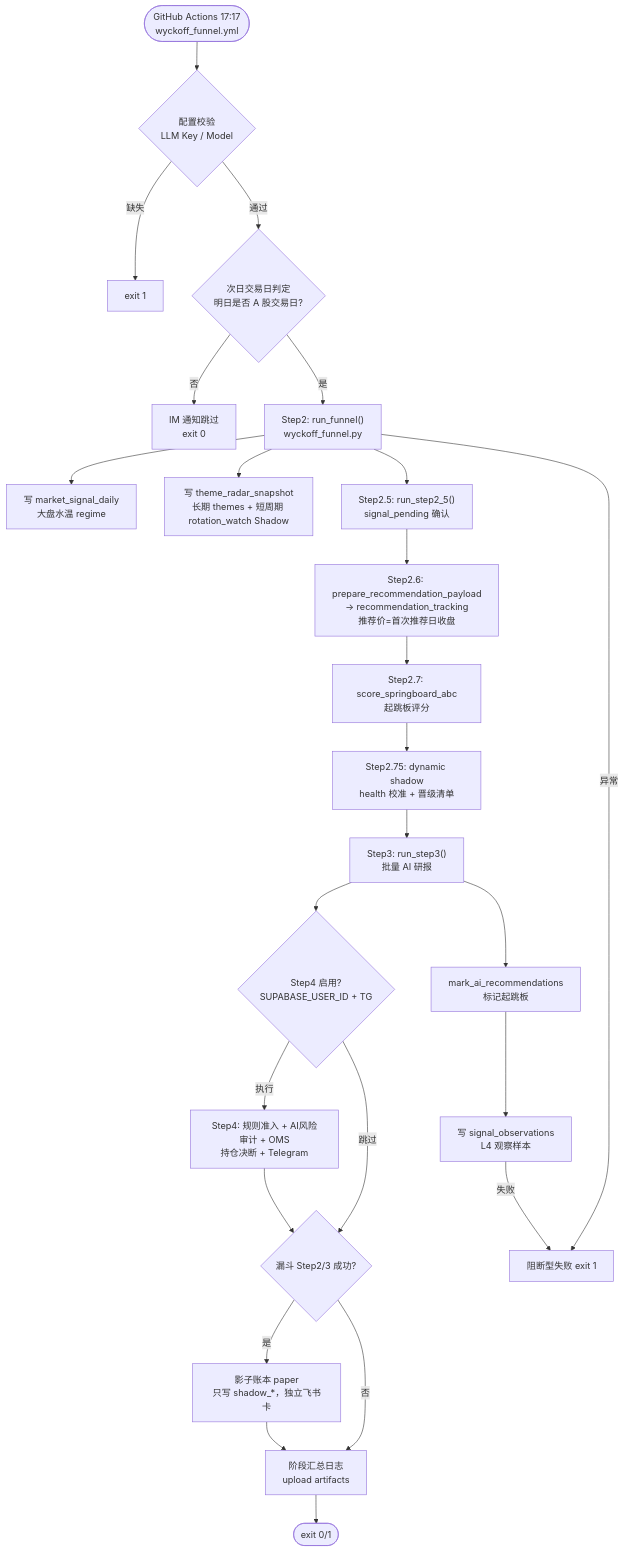
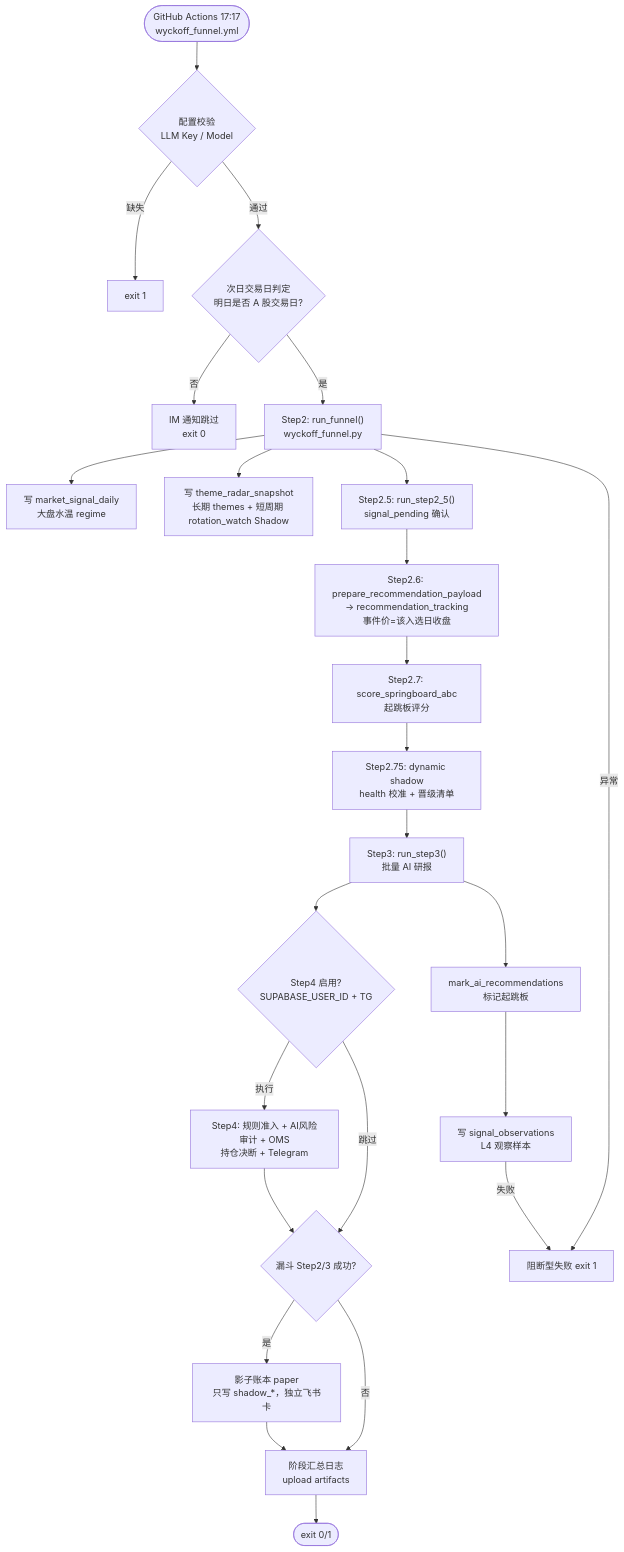
Before and after one commit to YoungCan-Wang/WyckoffTradingAgent: the second of 7 diagrams in docs/A_SHARE_FUNNEL_FLOW.md, drawn with Mermaid. The commit also changed other lines of this file and 24 other files, not shown here.

````diff
--- a/docs/A_SHARE_FUNNEL_FLOW.md
+++ b/docs/A_SHARE_FUNNEL_FLOW.md
@@ -82,32 +82,32 @@
 ```mermaid
 flowchart TD
     START(["GitHub Actions 17:17<br/>wyckoff_funnel.yml"]) --> CHECK1{"配置校验<br/>LLM Key / Model"}
     CHECK1 -->|缺失| FAIL1["exit 1"]
     CHECK1 -->|通过| CHECK2{"次日交易日判定<br/>明日是否 A 股交易日?"}
     CHECK2 -->|否| SKIP["IM 通知跳过<br/>exit 0"]
     CHECK2 -->|是| STEP2
 
     STEP2["Step2: run_funnel()<br/>wyckoff_funnel.py"] --> P1["写 market_signal_daily<br/>大盘水温 regime"]
     STEP2 --> P2["写 theme_radar_snapshot<br/>长期 themes + 短周期 rotation_watch Shadow"]
     STEP2 --> S25
 
     S25["Step2.5: run_step2_5()<br/>signal_pending 确认"] --> S26
-    S26["Step2.6: prepare_recommendation_payload<br/>→ recommendation_tracking<br/>推荐价=首次推荐日收盘"] --> S27
+    S26["Step2.6: prepare_recommendation_payload<br/>→ recommendation_tracking<br/>事件价=该入选日收盘"] --> S27
     S27["Step2.7: score_springboard_abc<br/>起跳板评分"] --> S275["Step2.75: dynamic shadow<br/>health 校准 + 晋级清单"] --> S3
 
     S3["Step3: run_step3()<br/>批量 AI 研报"] --> MARK["mark_ai_recommendations<br/>标记起跳板"]
     MARK --> OBS["写 signal_observations<br/>L4 观察样本"]
 
     S3 --> S4CHK{"Step4 启用?<br/>SUPABASE_USER_ID + TG"}
     S4CHK -->|跳过| SHADOW
     S4CHK -->|执行| S4
 
     S4["Step4: 规则准入 + AI风险审计 + OMS<br/>持仓决断 + Telegram"] --> SHADOW
     SHADOW{"漏斗 Step2/3 成功?"} -->|是| PAPER["影子账本 paper<br/>只写 shadow_*，独立飞书卡"]
     SHADOW -->|否| SUM
     PAPER --> SUM
     SUM["阶段汇总日志<br/>upload artifacts"] --> END(["exit 0/1"])
 
     STEP2 -->|异常| BLOCK["阻断型失败 exit 1"]
     OBS -->|失败| BLOCK
 ```
````
